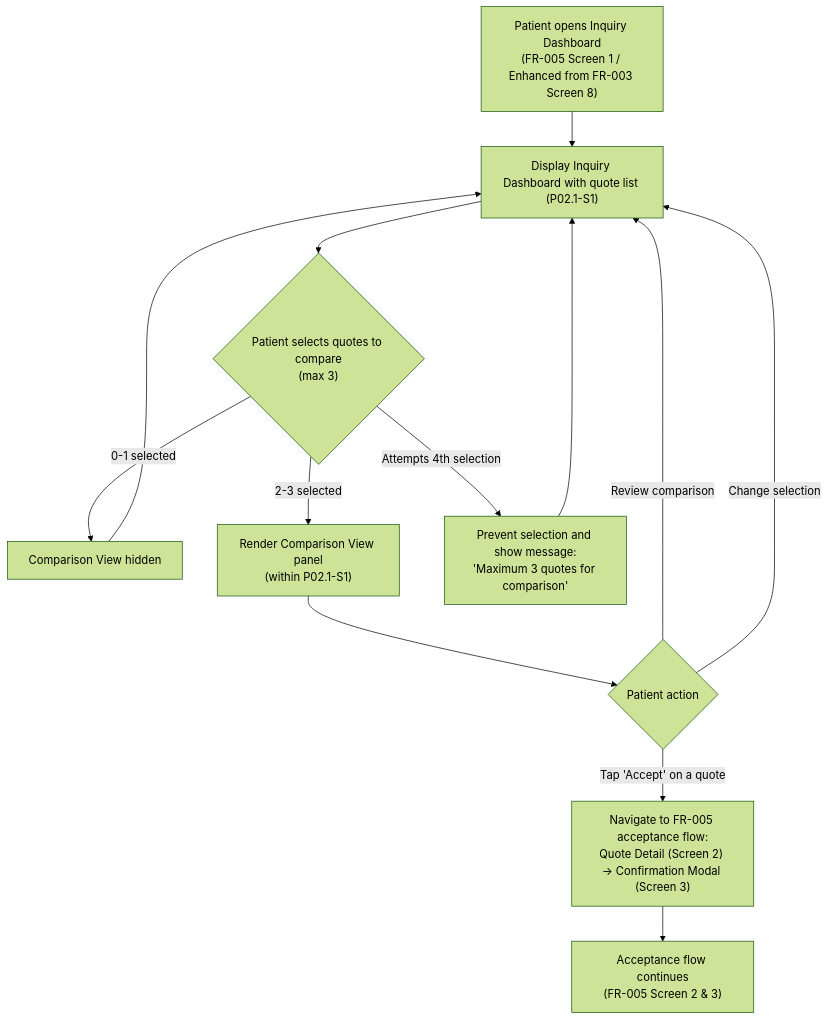
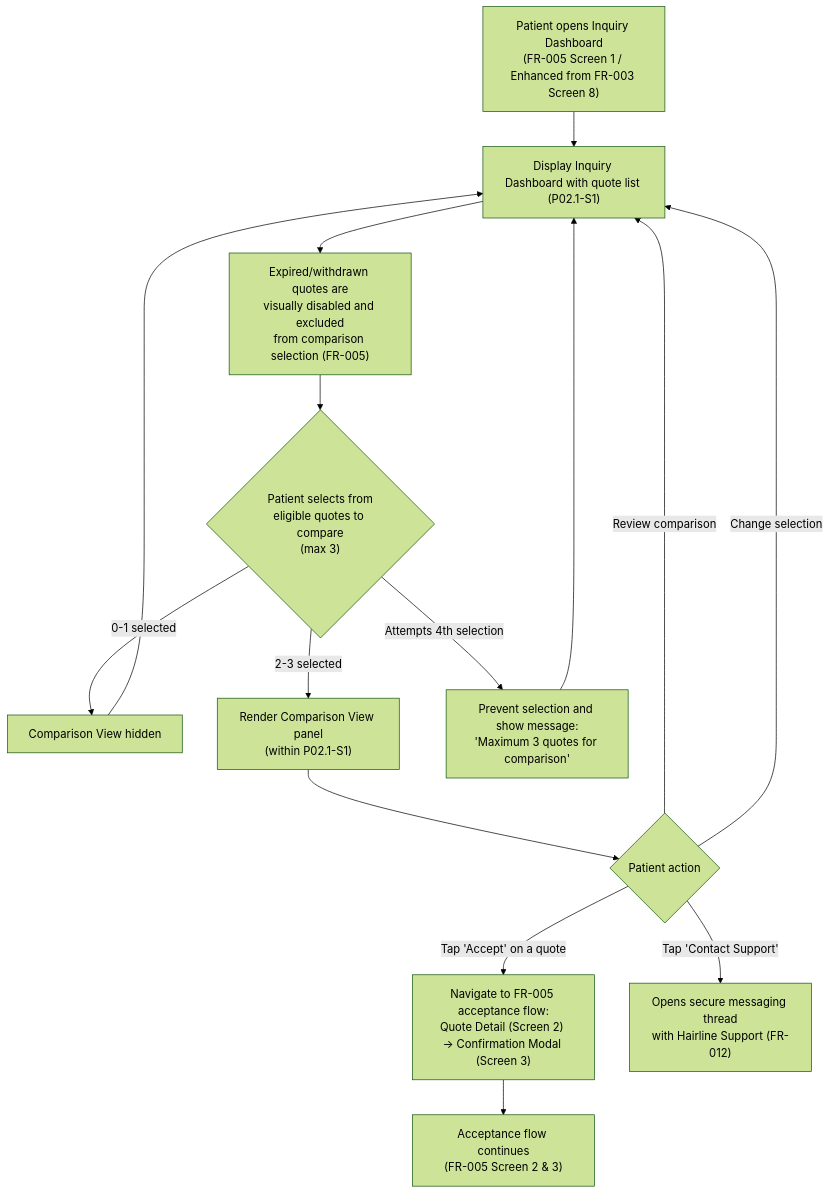
One commit to joachimtrungtuan/hairline-pm-docs changed the fourth of 15 diagrams in reports/2026-02-05/missing-mobile-flows-design-complement.md. Above: the diagram before and after it, drawn with Mermaid (forest theme). The commit also changed other lines of this file and 3 other files, not shown here.

Commit message:
Update missing flows for mobile - P02.1 - 4

````diff
--- a/reports/2026-02-05/missing-mobile-flows-design-complement.md
+++ b/reports/2026-02-05/missing-mobile-flows-design-complement.md
@@ -425,19 +425,21 @@
 ```mermaid
 flowchart TD
     Start["Patient opens Inquiry Dashboard<br/>(FR-005 Screen 1 / Enhanced from FR-003 Screen 8)"] --> Dashboard["Display Inquiry Dashboard with quote list (P02.1-S1)"]
 
-    Dashboard --> SelectQuotes{"Patient selects quotes to compare<br/>(max 3)"}
+    Dashboard --> FilterQuotes["Expired/withdrawn quotes are<br/>visually disabled and excluded<br/>from comparison selection (FR-005)"]
+    FilterQuotes --> SelectQuotes{"Patient selects from<br/>eligible quotes to compare<br/>(max 3)"}
     SelectQuotes -->|0-1 selected| HideCompare["Comparison View hidden"]
     SelectQuotes -->|2-3 selected| ShowCompare["Render Comparison View panel<br/>(within P02.1-S1)"]
     SelectQuotes -->|Attempts 4th selection| Block4th["Prevent selection and show message:<br/>'Maximum 3 quotes for comparison'"]
 
     HideCompare --> Dashboard
     Block4th --> Dashboard
 
     ShowCompare --> CompareActions{"Patient action"}
     CompareActions -->|Review comparison| Dashboard
     CompareActions -->|Tap 'Accept' on a quote| AcceptFlow["Navigate to FR-005 acceptance flow:<br/>Quote Detail (Screen 2) → Confirmation Modal (Screen 3)"]
+    CompareActions -->|Tap 'Contact Support'| SupportThread["Opens secure messaging thread<br/>with Hairline Support (FR-012)"]
     CompareActions -->|Change selection| Dashboard
 
     AcceptFlow --> End1["Acceptance flow continues<br/>(FR-005 Screen 2 & 3)"]
 ```
````
